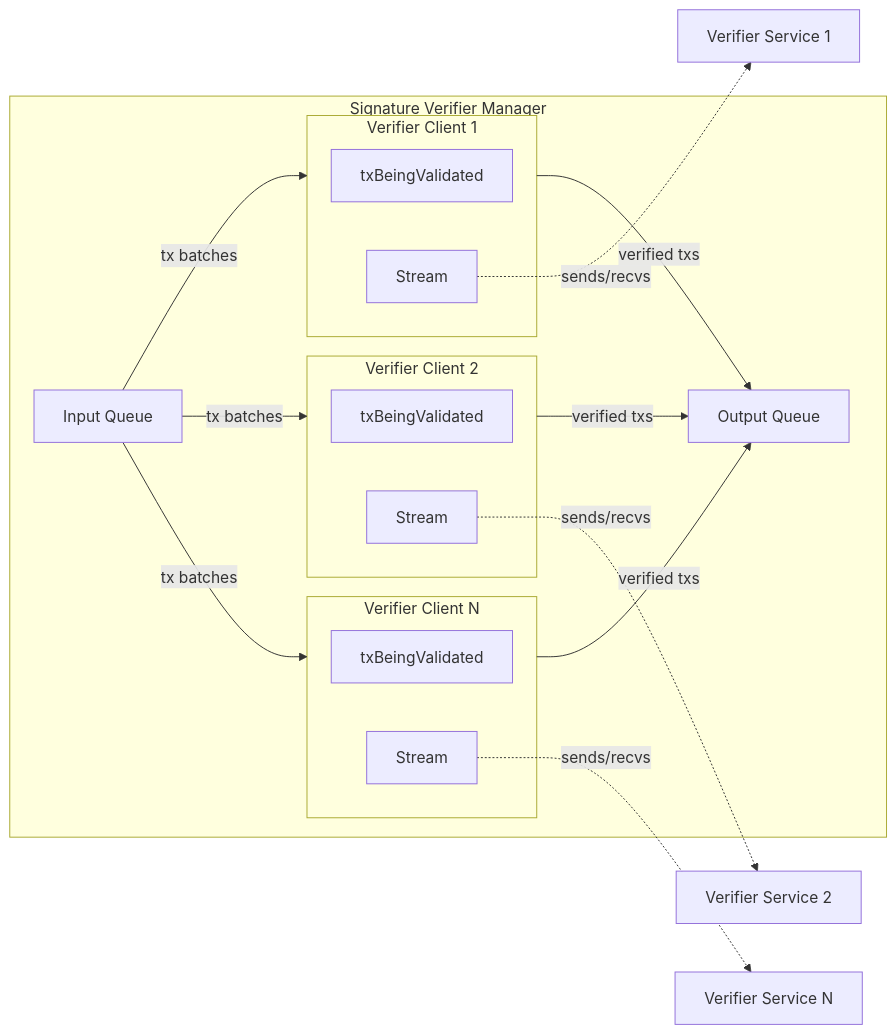
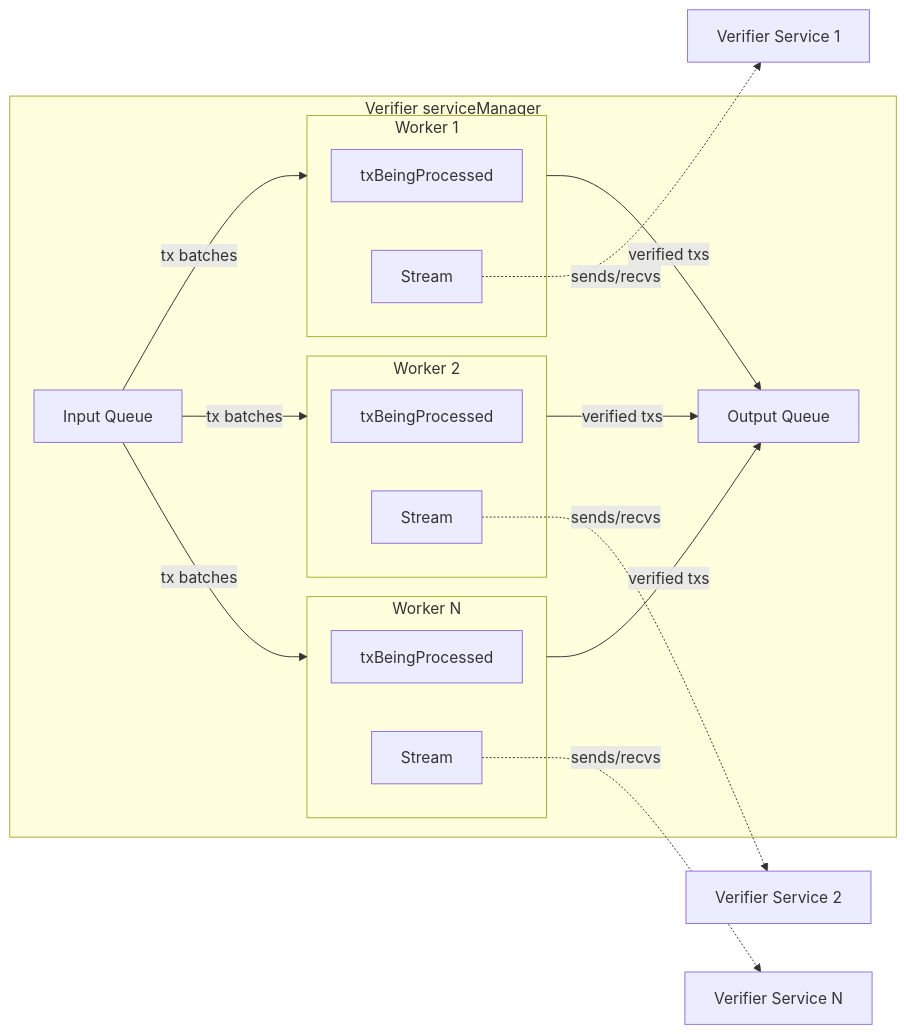
Before and after one commit to liran-funaro/fabric-x-committer: the tenth of 13 diagrams in docs/coordinator-block-diagram.md, drawn with Mermaid. The commit also changed other lines of this file and 9 other files, not shown here.

Commit message:
[coordinator] Introduce a unified service manager

````diff
--- a/docs/coordinator-block-diagram.md
+++ b/docs/coordinator-block-diagram.md
@@ -474,29 +476,29 @@
 ```mermaid
 flowchart LR
-    subgraph SVM[Signature Verifier Manager]
+    subgraph SVM[Verifier serviceManager]
         IQ[Input Queue]
-        subgraph SV1[Verifier Client 1]
-            TB1[txBeingValidated]
+        subgraph SV1[Worker 1]
+            TB1[txBeingProcessed]
             S1[Stream]
         end
-        subgraph SV2[Verifier Client 2]
-            TB2[txBeingValidated]
+        subgraph SV2[Worker 2]
+            TB2[txBeingProcessed]
             S2[Stream]
         end
-        subgraph SVN[Verifier Client N]
-            TBN[txBeingValidated]
+        subgraph SVN[Worker N]
+            TBN[txBeingProcessed]
             SN[Stream]
         end
         OQ[Output Queue]
     end
 
     IQ -->|tx batches| SV1
     IQ -->|tx batches| SV2
     IQ -->|tx batches| SVN
     S1 -.->|sends/recvs| VP1[Verifier Service 1]
     S2 -.->|sends/recvs| VP2[Verifier Service 2]
     SN -.->|sends/recvs| VPN[Verifier Service N]
     SV1 -->|verified txs| OQ
     SV2 -->|verified txs| OQ
     SVN -->|verified txs| OQ
 ```
````
